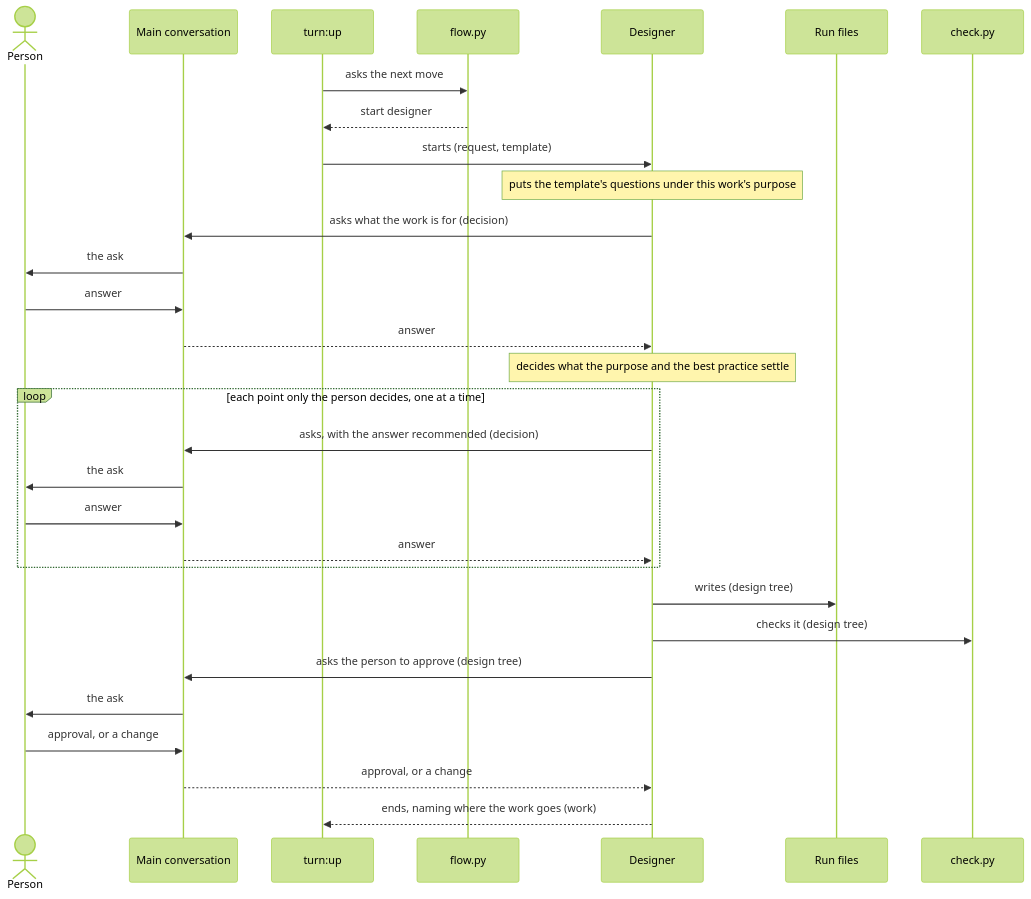
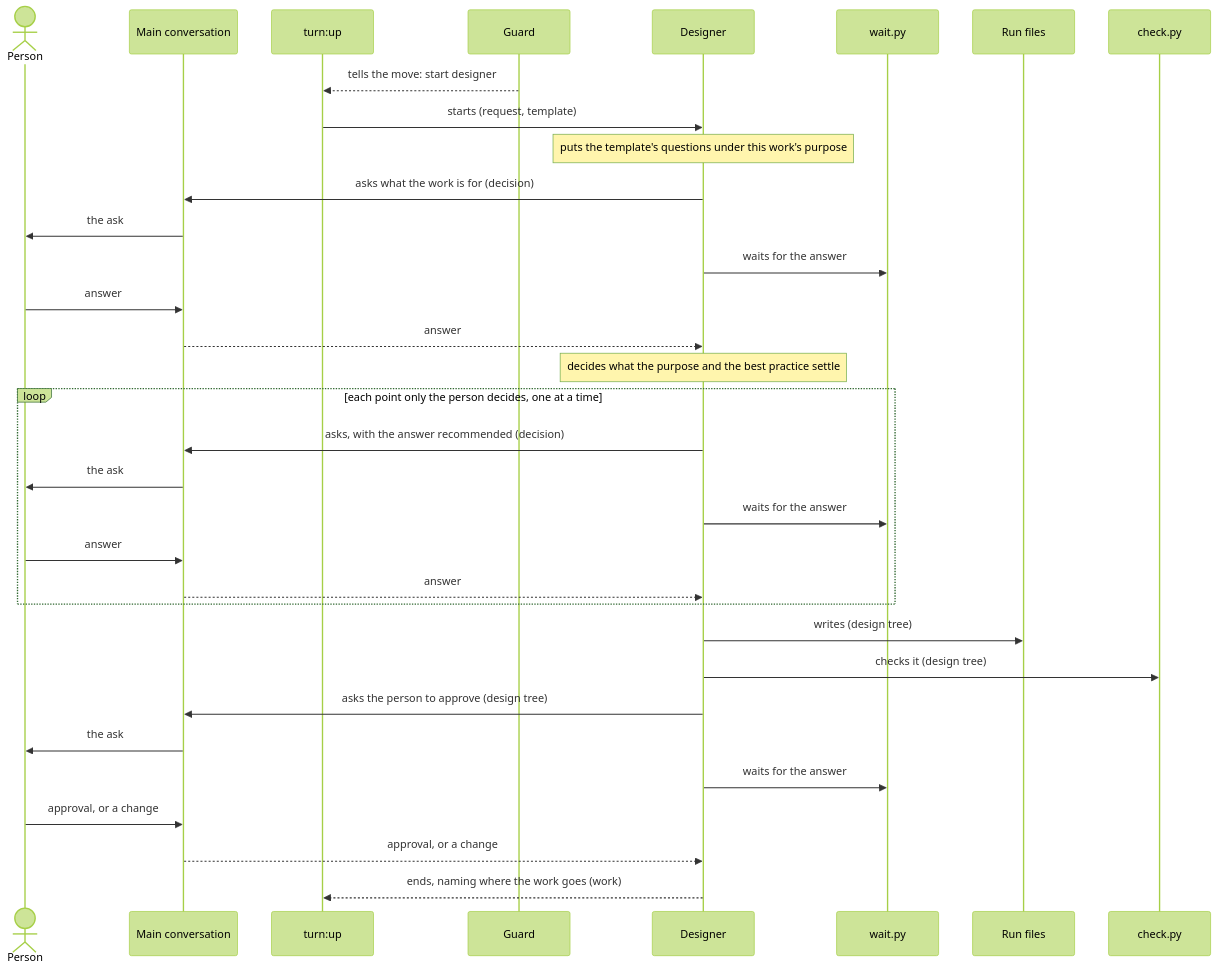
One commit to lovaizu/ccpm changed the third of 6 diagrams in dev/turn/architecture.md. Above: the diagram before and after it, drawn with Mermaid (forest theme). The commit also changed other lines of this file and 3 other files, not shown here.

````diff
--- a/dev/turn/architecture.md
+++ b/dev/turn/architecture.md
@@ -294,32 +293,35 @@
 ```mermaid
 sequenceDiagram
   actor P as Person
   participant M as Main conversation
   participant U as turn:up
-  participant F as flow.py
+  participant G as Guard
   participant D as Designer
+  participant WT as wait.py
   participant R as Run files
   participant C as check.py
-  U->>F: asks the next move
-  F-->>U: start designer
+  G-->>U: tells the move: start designer
   U->>D: starts (request, template)
   Note over D: puts the template's questions under this work's purpose
   D->>M: asks what the work is for (decision)
   M->>P: the ask
+  D->>WT: waits for the answer
   P->>M: answer
   M-->>D: answer
   Note over D: decides what the purpose and the best practice settle
   loop each point only the person decides, one at a time
     D->>M: asks, with the answer recommended (decision)
     M->>P: the ask
+    D->>WT: waits for the answer
     P->>M: answer
     M-->>D: answer
   end
   D->>R: writes (design tree)
   D->>C: checks it (design tree)
   D->>M: asks the person to approve (design tree)
   M->>P: the ask
+  D->>WT: waits for the answer
   P->>M: approval, or a change
   M-->>D: approval, or a change
   D-->>U: ends, naming where the work goes (work)
 ```
````
